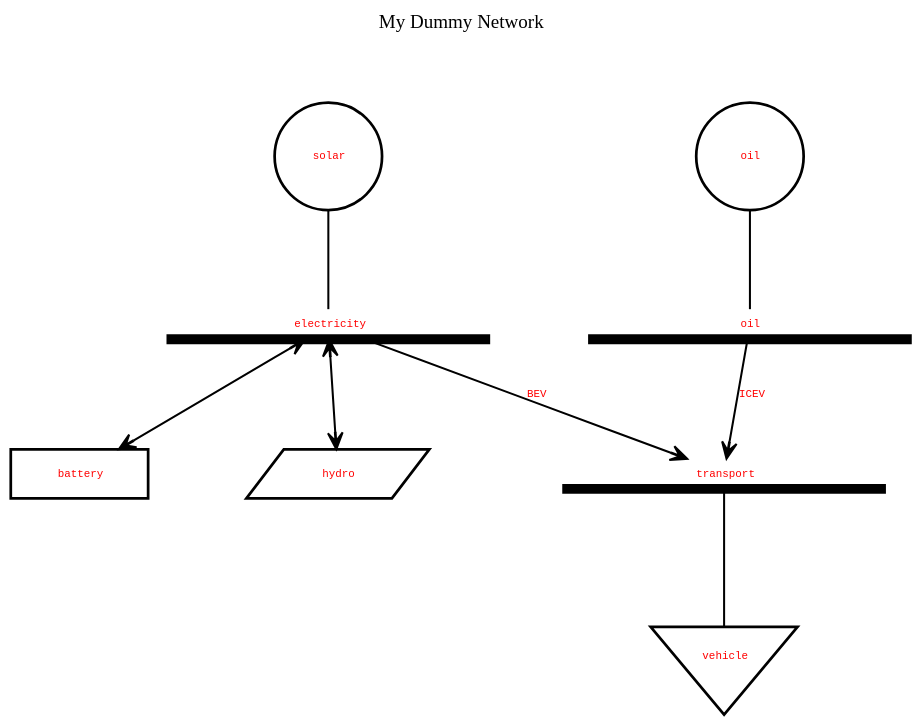
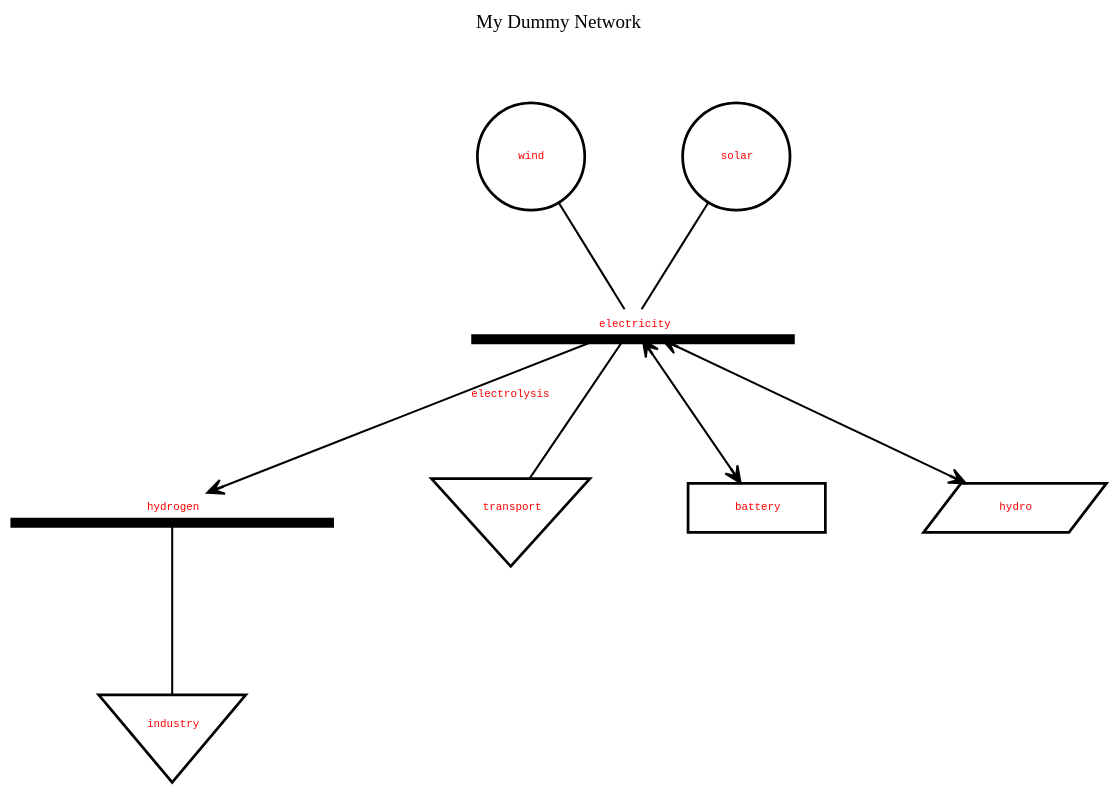
The diagram in resources/topography.dot (ricnogfer/pypsatopo), drawn with Graphviz before and after one commit. The commit also changed 4 other files, not shown here.

```diff
--- a/resources/topography.dot
+++ b/resources/topography.dot
@@ -1,183 +1,162 @@
 //
-// Generated by PyPSATopo version 1.0.3 (on the 2024/08/19 at 07:37:17) using the following parameters: 
+// Generated by PyPSATopo version 1.0.4 (on the 2025/02/03 at 14:01:20) using the following parameters: 
 //
 //    file_input=None
 //    focus=None
 //    neighbourhood=0
 //    bus_filter=None
 //    generator_filter=None
 //    load_filter=None
 //    store_filter=None
 //    storage_unit_filter=None
 //    link_filter=None
 //    line_filter=None
 //    carrier_filter=None
 //    negative_efficiency=True
 //    broken_missing=False
 //    carrier_color=None
 //    context=False
 //    file_output=topography.svg
 //    file_format=svg
-//    log=True
+//    log=False
 //    log_info=False
 //    log_warning=False
 //
 
 digraph "My Dummy Network"
 {
    // digraph layout
    bgcolor = "transparent"
    labelloc = "t"
    label = "My Dummy Network
 
 
            "
    tooltip = "Network: My Dummy Network
-Buses: 3 (out of 3)
+Buses: 2 (out of 2)
 Generators: 2 (out of 2)
-Loads: 1 (out of 1)
+Loads: 2 (out of 2)
 Stores: 1 (out of 1)
 Storage units: 1 (out of 1)
-Links: 2 (out of 2)
+Links: 1 (out of 1)
 Lines: 0 (out of 0)
 Snapshots: 1"
    rankdir = "TB"
    ranksep = 1.00
    nodesep = 1.00
    splines = "polyline"
    node [fontname = "Courier New", fontsize = 8.00]
    edge [fontname = "Courier New", fontsize = 8.00]
 
-   // buses (3)
-   "oil (bus)" [label = <<font color = "red">oil</font>>, tooltip = "Bus: oil
-Carrier: AC
-Unit: MW
-Generators: 1
-Loads: 0
-Stores: 0
-Storage units: 0
-Incoming links: 0
-Outgoing links: 1
-Lines: 0
-
-Power time series: N/A MW", shape = "underline", width = 3.30, height = 0.30, style = "setlinewidth(7.30)", color = "black"]
+   // buses (2)
    "electricity (bus)" [label = <<font color = "red">electricity</font>>, tooltip = "Bus: electricity
 Carrier: AC
 Unit: MW
-Generators: 1
-Loads: 0
+Generators: 2
+Loads: 1
 Stores: 1
 Storage units: 1
 Incoming links: 0
 Outgoing links: 1
 Lines: 0
 
 Power time series: N/A MW", shape = "underline", width = 3.30, height = 0.30, style = "setlinewidth(7.30)", color = "black"]
-   "transport (bus)" [label = <<font color = "red">transport</font>>, tooltip = "Bus: transport
+   "hydrogen (bus)" [label = <<font color = "red">hydrogen</font>>, tooltip = "Bus: hydrogen
 Carrier: AC
 Unit: MW
 Generators: 0
 Loads: 1
 Stores: 0
 Storage units: 0
-Incoming links: 2
+Incoming links: 1
 Outgoing links: 0
 Lines: 0
 
 Power time series: N/A MW", shape = "underline", width = 3.30, height = 0.30, style = "setlinewidth(7.30)", color = "black"]
 
    // generators (2)
-   "oil (generator)" [label = <<font color = "red">oil</font>>, tooltip = "Generator: oil
-Bus: oil
+   "wind (generator)" [label = <<font color = "red">wind</font>>, tooltip = "Generator: wind
+Bus: electricity
 Carrier: 
 Extendable nominal power: False
 Nominal power: 0.00 MW
 Power set: 0.00 MW
 Efficiency: 1.00
 Capital cost: 0.00 currency/MW
 Marginal cost: 0.00 currency/MWh
 
 Optimised nominal power: 0.00 MW
-Power time series: N/A MW", shape = "circle", width = 1.10, style = "setlinewidth(2.00)", color = "black"]   "oil (generator)" -> "oil (bus)" [style = "setlinewidth(1.50)", color = "black", arrowhead = "none"]
+Power time series: N/A MW", shape = "circle", width = 1.10, style = "setlinewidth(2.00)", color = "black"]   "wind (generator)" -> "electricity (bus)" [style = "setlinewidth(1.50)", color = "black", arrowhead = "none"]
    "solar (generator)" [label = <<font color = "red">solar</font>>, tooltip = "Generator: solar
 Bus: electricity
 Carrier: 
 Extendable nominal power: False
 Nominal power: 0.00 MW
 Power set: 0.00 MW
 Efficiency: 1.00
 Capital cost: 0.00 currency/MW
 Marginal cost: 0.00 currency/MWh
 
 Optimised nominal power: 0.00 MW
 Power time series: N/A MW", shape = "circle", width = 1.10, style = "setlinewidth(2.00)", color = "black"]   "solar (generator)" -> "electricity (bus)" [style = "setlinewidth(1.50)", color = "black", arrowhead = "none"]
 
-   // loads (1)
-   "vehicle (load)" [label = <<font color = "red">vehicle</font>>, tooltip = "Load: vehicle
-Bus: transport
+   // loads (2)
+   "transport (load)" [label = <<font color = "red">transport</font>>, tooltip = "Load: transport
+Bus: electricity
 Carrier: 
-Power set: 0.00 MW", shape = "invtriangle", width = 1.50, height = 1.20, style = "setlinewidth(2.00)", color = "black"]   "transport (bus)" -> "vehicle (load)" [style = "setlinewidth(1.50)", color = "black", arrowhead = "none"]
+Power set: 0.00 MW", shape = "invtriangle", width = 1.50, height = 1.20, style = "setlinewidth(2.00)", color = "black"]   "electricity (bus)" -> "transport (load)" [style = "setlinewidth(1.50)", color = "black", arrowhead = "none"]
+   "industry (load)" [label = <<font color = "red">industry</font>>, tooltip = "Load: industry
+Bus: hydrogen
+Carrier: 
+Power set: 0.00 MW", shape = "invtriangle", width = 1.50, height = 1.20, style = "setlinewidth(2.00)", color = "black"]   "hydrogen (bus)" -> "industry (load)" [style = "setlinewidth(1.50)", color = "black", arrowhead = "none"]
 
    // stores (1)
    "battery (store)" [label = <<font color = "red">battery</font>>, tooltip = "Store: battery
 Bus: electricity
 Carrier: 
 Extendable nominal energy: False
 Nominal energy: 0.00 MWh
 Power set: 0.00 MW
 Cyclic energy: False
 Capital cost: 0.00 currency/MW
 Marginal cost: 0.00 currency/MWh
 
 Optimised nominal energy: 0.00 MWh
 Energy time series: N/A MWh
 Power time series: N/A MW", shape = "box", width = 1.40, style = "setlinewidth(2.00)", color = "black"]   "electricity (bus)" -> "battery (store)" [style = "setlinewidth(1.50)", color = "black", arrowhead = "vee", arrowtail = "vee", arrowsize = 1.20, dir = "both"]
 
    // storage units (1)
    "hydro (storage unit)" [label = <<font color = "red">hydro</font>>, tooltip = "Storage unit: hydro
 Bus: electricity
 Carrier: 
 Extendable nominal power: False
 Nominal power: 0.00 MW
 Power set: 0.00 MW
 Charge cyclic state: False
 Capital cost: 0.00 currency/MW
 Marginal cost: 0.00 currency/MWh
 
 Optimised nominal power: 0.00 MW
 Power time series: N/A MW", shape = "parallelogram", width = 1.80, style = "setlinewidth(2.00)", color = "black"]   "electricity (bus)" -> "hydro (storage unit)" [style = "setlinewidth(1.50)", color = "black", arrowhead = "vee", arrowtail = "vee", arrowsize = 1.20, dir = "both"]
 
-   // links (2)
-   "oil (bus)" -> "transport (bus)" [label = <<font color = "red">ICEV</font>>, tooltip = "Link: ICEV
-From: oil (bus0)
-To: transport (bus1)
-Carrier: 
-Extendable nominal power: False
-Nominal power: 0.00 MW
-Efficiency: 1.00
-Capital cost: 0.00 currency/MW
-Marginal cost: 0.00 currency/MWh
-
-Optimised nominal power: 0.00 MW
-Power time series (p0): N/A MW
-Power time series (p1): N/A MW", style = "setlinewidth(1.50)", color = "black", arrowhead = "vee", arrowsize = 1.20]
-   "electricity (bus)" -> "transport (bus)" [label = <<font color = "red">BEV</font>>, tooltip = "Link: BEV
+   // links (1)
+   "electricity (bus)" -> "hydrogen (bus)" [label = <<font color = "red">electrolysis</font>>, tooltip = "Link: electrolysis
 From: electricity (bus0)
-To: transport (bus1)
+To: hydrogen (bus1)
 Carrier: 
 Extendable nominal power: False
 Nominal power: 0.00 MW
 Efficiency: 1.00
 Capital cost: 0.00 currency/MW
 Marginal cost: 0.00 currency/MWh
 
 Optimised nominal power: 0.00 MW
 Power time series (p0): N/A MW
 Power time series (p1): N/A MW", style = "setlinewidth(1.50)", color = "black", arrowhead = "vee", arrowsize = 1.20]
 
    // multi-link trunks (0)
 
    // multi-link branches (0)
 
    // lines (0)
 }
```
